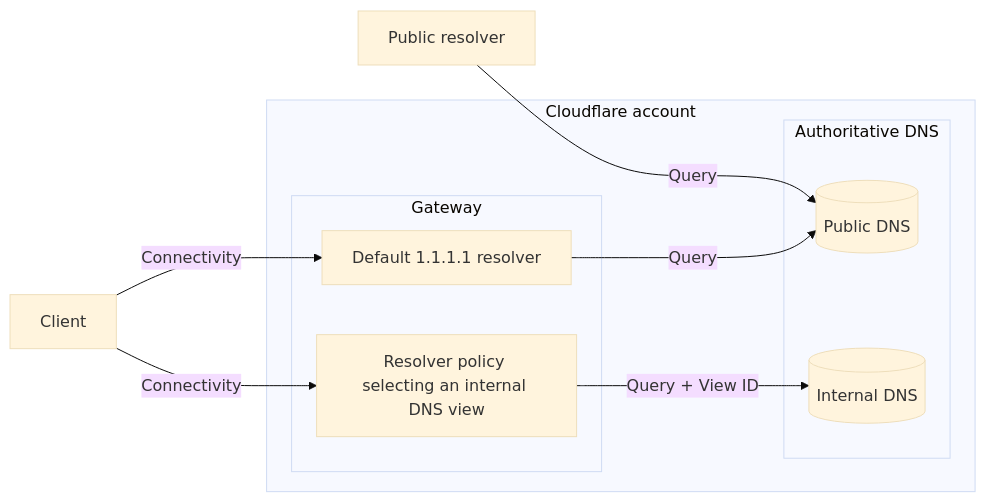
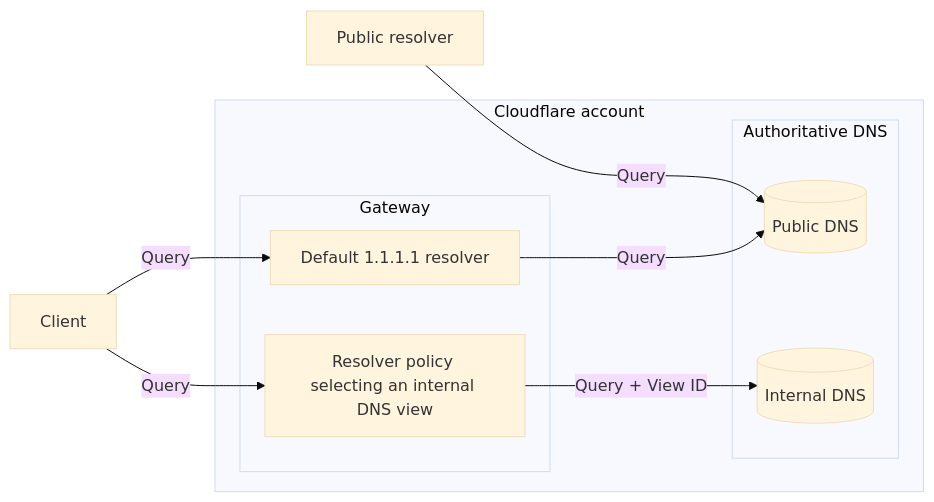
Before and after one commit to deathbyknowledge/cloudflare-docs: the first of 3 diagrams in src/content/docs/dns/internal-dns/index.mdx, drawn with Mermaid (base theme). The commit also changed 4 other files, not shown here.

````diff
--- a/src/content/docs/dns/internal-dns/index.mdx
+++ b/src/content/docs/dns/internal-dns/index.mdx
@@ -34,24 +34,24 @@
 ```mermaid
 flowchart LR
         accTitle: Internal DNS query overview
         accDescr: Diagram comparing internal DNS query with public DNS
         A[Client]
         subgraph Cloudflare account
         subgraph Gateway
 				B[Default 1.1.1.1 resolver]
         X[Resolver policy selecting an internal DNS view]
         end
         subgraph Authoritative DNS
         Y[(Public DNS)]
 				Z[(Internal DNS)]
         end
         end
 
 			  C[Public resolver]
 
         B --Query--> Y
         X --Query + View ID--> Z
-        A --Connectivity--> B
-				A --Connectivity--> X
+        A --Query--> B
+				A --Query--> X
 				C --Query--> Y
 ```
````
